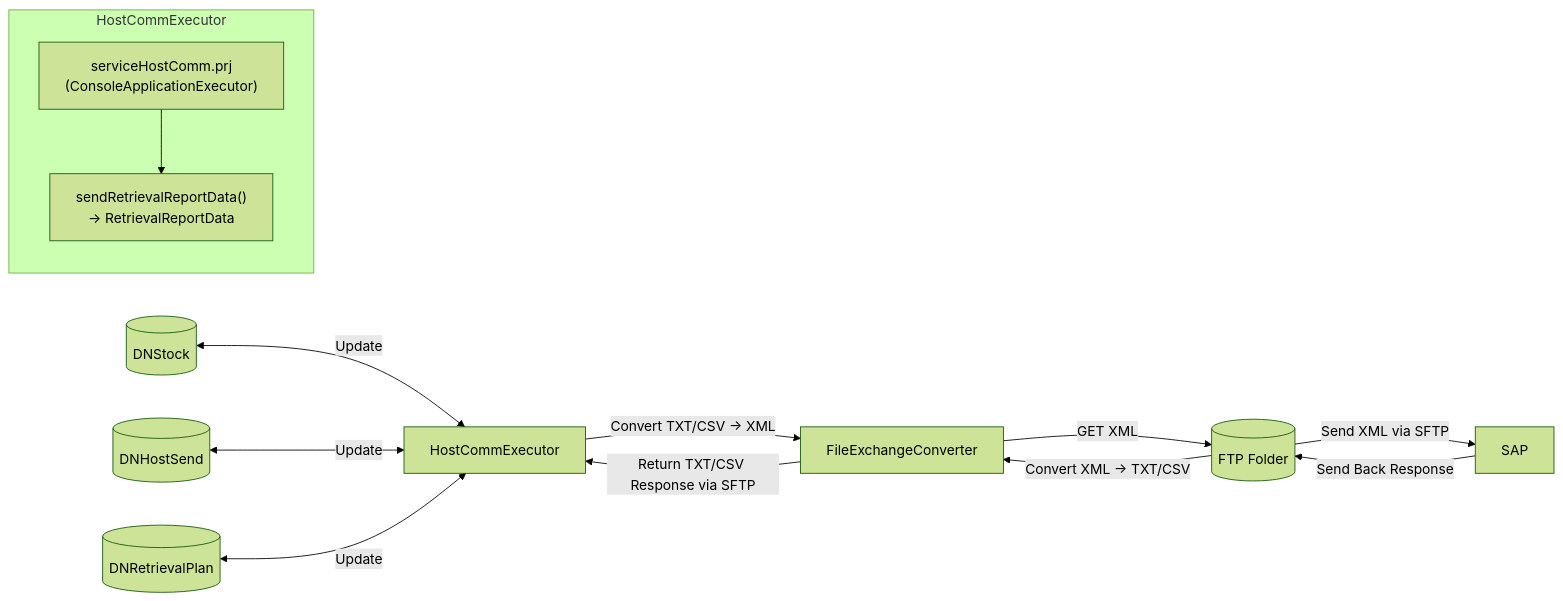
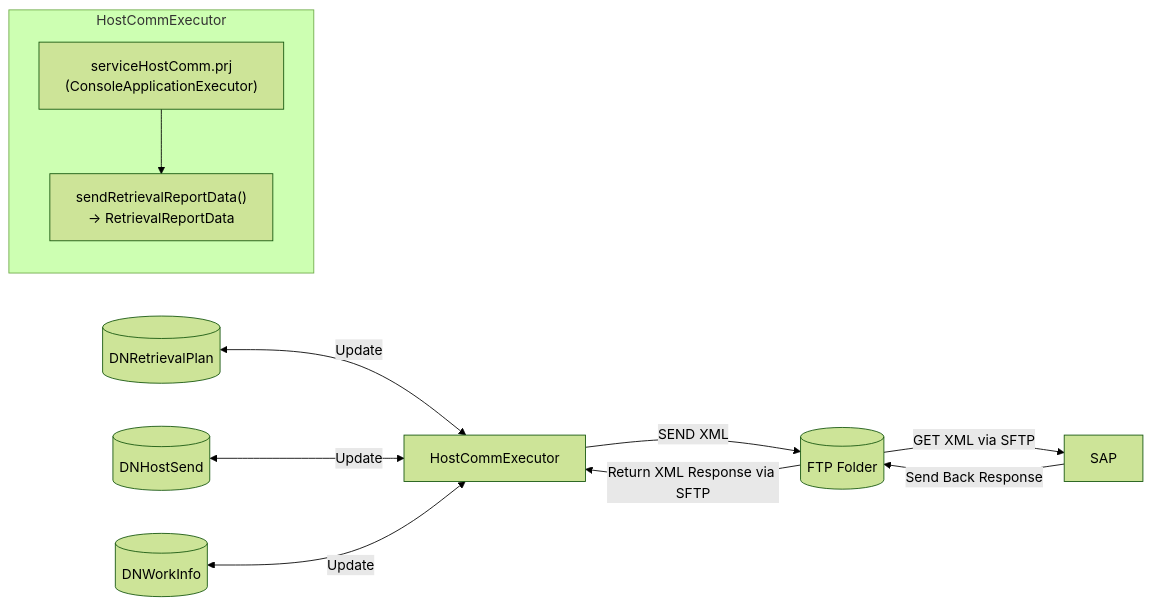
Before and after one commit to luthfiadityaa/SimeDarby-Wiki: the diagram in Basic-Design/Host-Interfaces/Send-Method/Planned-Retrieval-Result.md, drawn with Mermaid (forest theme). The commit also changed other lines of this file, not shown here.

Commit message:
Updated Planned Retrieval Result

```diff
--- a/Basic-Design/Host-Interfaces/Send-Method/Planned-Retrieval-Result.md
+++ b/Basic-Design/Host-Interfaces/Send-Method/Planned-Retrieval-Result.md
@@ -11,18 +11,16 @@
 ::: mermaid
 flowchart LR
-    A[HostCommExecutor] -->|Convert TXT/CSV -> XML| B[FileExchangeConverter]
-    B -->|GET XML| C[(FTP Folder)]
-    C -->|Send XML via SFTP| D[SAP]
+    A[HostCommExecutor] --> |SEND XML| C[(FTP Folder)]
+    C -->|GET XML via SFTP| D[SAP]
     D -->|Send Back Response| C
-    C -->|Convert XML → TXT/CSV| B
-    B -->|Return TXT/CSV Response via SFTP| A
-    E[(DNStock)] <--> |Update| A
+    C -->|Return XML Response via SFTP| A
+    E[(DNRetrievalPlan)] <--> |Update| A
     F[(DNHostSend)] <--> |Update| A
-    G[(DNRetrievalPlan)] <--> |Update| A
+    G[(DNWorkInfo)] <--> |Update| A
 
-     subgraph HostCommExecutor
+    subgraph HostCommExecutor
         C1["serviceHostComm.prj<br>(ConsoleApplicationExecutor)"]
         C2["sendRetrievalReportData()<br>→ RetrievalReportData"]
         C1 --> C2
     end
 :::
```
